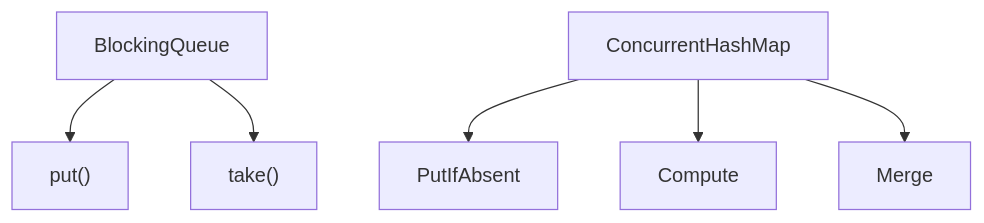
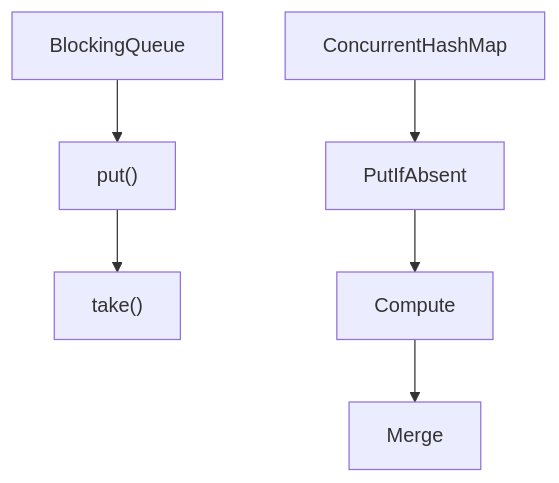
Before and after one commit to wahidyankf/open-sharia-enterprise: diagram 51 of 53 in governance/conventions/formatting/diagrams.md, drawn with Mermaid. The commit also changed other lines of this file and 3 other files, not shown here.

First line of the commit message:
docs(rhino-cli): update specs README, rhino-cli README, and diagrams convention

````diff
--- a/governance/conventions/formatting/diagrams.md
+++ b/governance/conventions/formatting/diagrams.md
@@ -1803,9 +1807,9 @@
 ```mermaid
 graph TD
     BQ[BlockingQueue] --> Put[put#40;#41;]
-    BQ --> Take[take#40;#41;]
+    Put --> Take[take#40;#41;]
 
     CHM[ConcurrentHashMap] --> PutIfAbsent
-    CHM --> Compute
-    CHM --> Merge
+    PutIfAbsent --> Compute
+    Compute --> Merge
 ```
````
